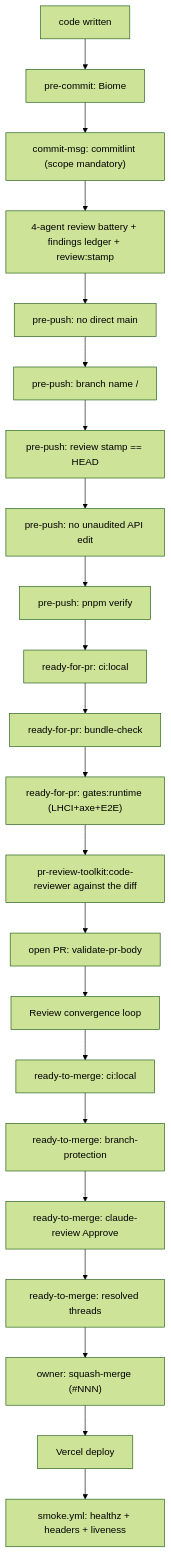
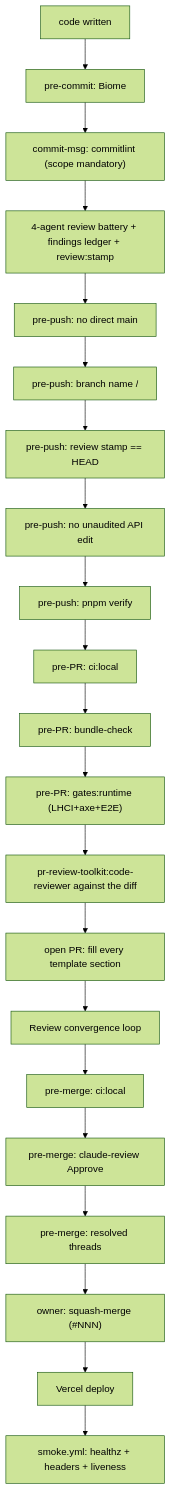
The first of 3 diagrams in docs/handbook/review-merge-release.md (erikunha/portfolio), drawn with Mermaid (forest theme) before and after one commit. The commit also changed other lines of this file and 24 other files, not shown here.

First line of the commit message:
chore(harness): delete the bespoke PR-gate wrappers and the mermaid syntax check

````diff
--- a/docs/handbook/review-merge-release.md
+++ b/docs/handbook/review-merge-release.md
@@ -7,24 +7,23 @@
 ```mermaid
 flowchart TD
     write["code written"] --> c1["pre-commit: Biome"]
     c1 --> c2["commit-msg: commitlint (scope mandatory)"]
     c2 --> battery["4-agent review battery + findings ledger + review:stamp"]
     battery --> p1["pre-push: no direct main"]
     p1 --> p2["pre-push: branch name <type>/<desc>"]
     p2 --> p3["pre-push: review stamp == HEAD"]
     p3 --> p4["pre-push: no unaudited API edit"]
     p4 --> p5["pre-push: pnpm verify"]
-    p5 --> r1["ready-for-pr: ci:local"]
-    r1 --> r2["ready-for-pr: bundle-check"]
-    r2 --> r4["ready-for-pr: gates:runtime (LHCI+axe+E2E)"]
+    p5 --> r1["pre-PR: ci:local"]
+    r1 --> r2["pre-PR: bundle-check"]
+    r2 --> r4["pre-PR: gates:runtime (LHCI+axe+E2E)"]
     r4 --> r5["pr-review-toolkit:code-reviewer against the diff"]
-    r5 --> o1["open PR: validate-pr-body"]
+    r5 --> o1["open PR: fill every template section"]
     o1 --> o2["Review convergence loop"]
-    o2 --> m1["ready-to-merge: ci:local"]
-    m1 --> m2["ready-to-merge: branch-protection"]
-    m2 --> m3["ready-to-merge: claude-review Approve"]
-    m3 --> m4["ready-to-merge: resolved threads"]
+    o2 --> m1["pre-merge: ci:local"]
+    m1 --> m3["pre-merge: claude-review Approve"]
+    m3 --> m4["pre-merge: resolved threads"]
     m4 --> merge["owner: squash-merge (#NNN)"]
     merge --> deploy["Vercel deploy"]
     deploy --> smoke["smoke.yml: healthz + headers + liveness"]
 ```
````
